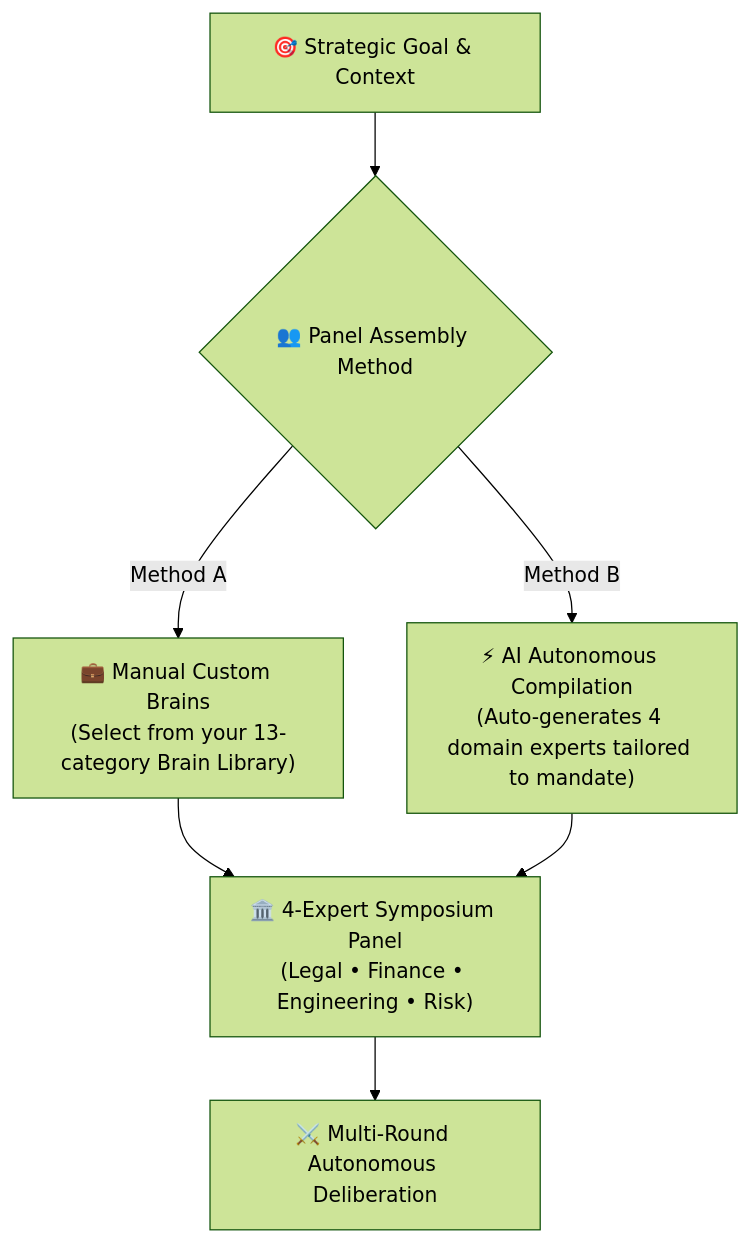
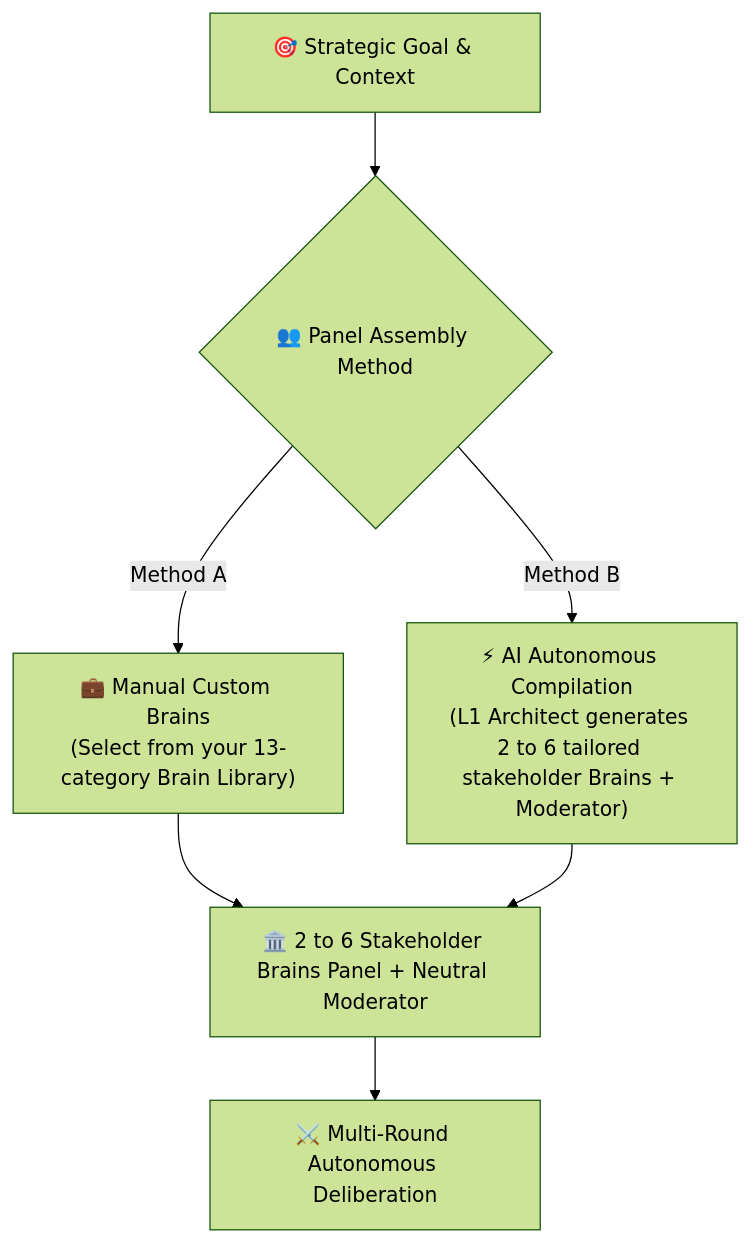
One commit to gosutox/gosutox-docs changed the diagram in symposium/summoning-expert-panel.mdx. Above: the diagram before and after it, drawn with Mermaid (forest theme). The commit also changed other lines of this file and 4 other files, not shown here.

Commit message:
docs(symposium): reflect actual L1/L2 brain generation, Live Broadcast TTS audio, 2-6 stakeholder scaling, and MP3 export

````diff
--- a/symposium/summoning-expert-panel.mdx
+++ b/symposium/summoning-expert-panel.mdx
@@ -10,12 +10,12 @@
 ```mermaid
 flowchart TD
     Mandate["🎯 Strategic Goal & Context"] --> Assembly{"👥 Panel Assembly Method"}
 
     Assembly -->|Method A| Custom["💼 Manual Custom Brains\n(Select from your 13-category Brain Library)"]
-    Assembly -->|Method B| Auto["⚡ AI Autonomous Compilation\n(Auto-generates 4 domain experts tailored to mandate)"]
+    Assembly -->|Method B| Auto["⚡ AI Autonomous Compilation\n(L1 Architect generates 2 to 6 tailored stakeholder Brains + Moderator)"]
 
-    Custom --> Panel["🏛️ 4-Expert Symposium Panel\n(Legal • Finance • Engineering • Risk)"]
+    Custom --> Panel["🏛️ 2 to 6 Stakeholder Brains Panel + Neutral Moderator"]
     Auto --> Panel
 
     Panel --> Debate["⚔️ Multi-Round Autonomous Deliberation"]
 ```
````
